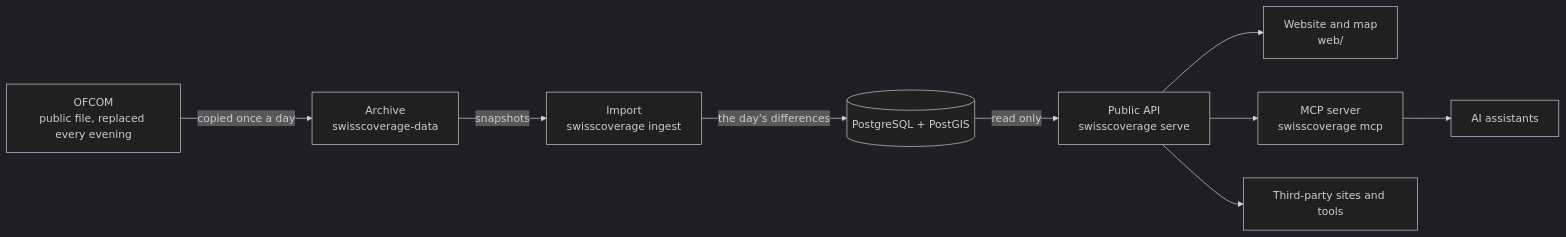
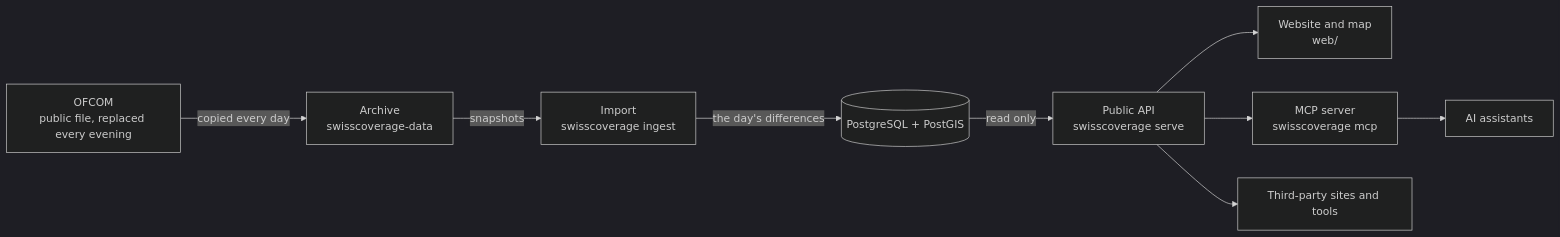
One commit to mathieumaf/swisscoverage changed the first of 2 diagrams in docs/architecture.md. Above: the diagram before and after it, drawn with Mermaid (dark theme). The commit also changed other lines of this file and 34 other files, not shown here.

````diff
--- a/docs/architecture.md
+++ b/docs/architecture.md
@@ -37,21 +37,21 @@
 ```mermaid
 flowchart LR
   ofcom["OFCOM<br/>public file, replaced every evening"]
   archive["Archive<br/>swisscoverage-data"]
   ingest["Import<br/>swisscoverage ingest"]
   db[("PostgreSQL + PostGIS")]
   api["Public API<br/>swisscoverage serve"]
   web["Website and map<br/>web/"]
   mcp["MCP server<br/>swisscoverage mcp"]
   third["Third-party sites and tools"]
   ai["AI assistants"]
 
-  ofcom -- "copied once a day" --> archive
+  ofcom -- "copied every day" --> archive
   archive -- "snapshots" --> ingest
   ingest -- "the day's differences" --> db
   db -- "read only" --> api
   api --> web
   api --> mcp
   api --> third
   mcp --> ai
 ```
````
